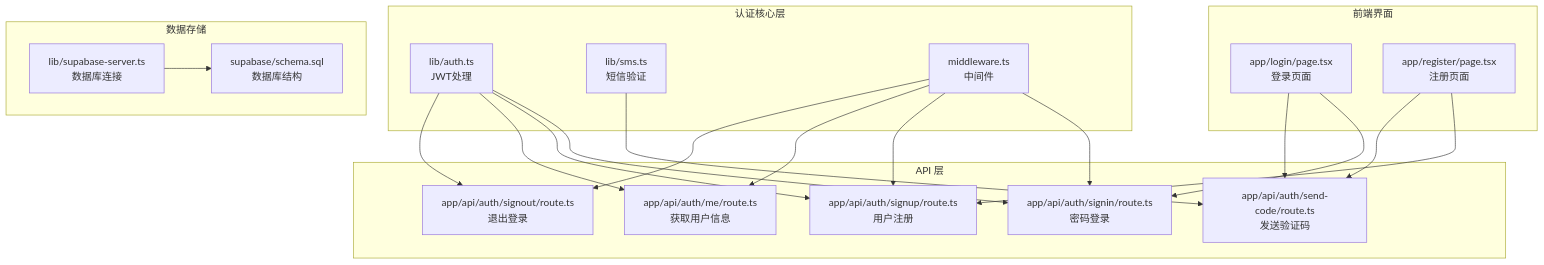
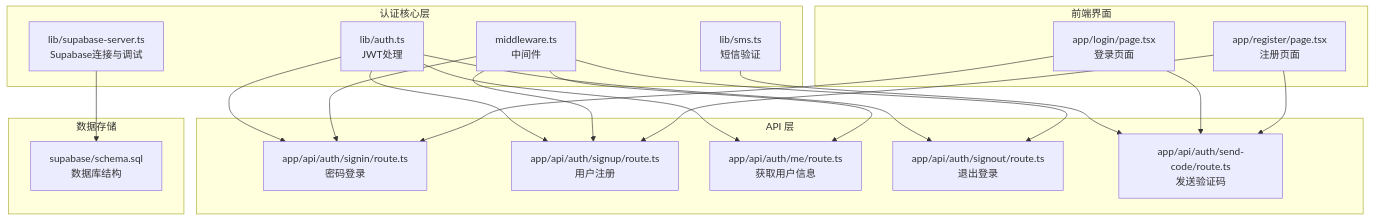
The first of 7 diagrams in .qoder/repowiki/zh/content/核心功能模块/用户认证系统.md (billye220670/BananaFlow2), drawn with Mermaid before and after one commit. The commit also changed other lines of this file and 11 other files, not shown here.

````diff
--- a/.qoder/repowiki/zh/content/核心功能模块/用户认证系统.md
+++ b/.qoder/repowiki/zh/content/核心功能模块/用户认证系统.md
@@ -40,37 +48,37 @@
 ```mermaid
 graph TB
 subgraph "认证核心层"
 A[lib/auth.ts<br/>JWT处理]
 B[lib/sms.ts<br/>短信验证]
 C[middleware.ts<br/>中间件]
+D[lib/supabase-server.ts<br/>Supabase连接与调试]
 end
 subgraph "API 层"
-D[app/api/auth/signin/route.ts<br/>密码登录]
-E[app/api/auth/signup/route.ts<br/>用户注册]
-F[app/api/auth/me/route.ts<br/>获取用户信息]
-G[app/api/auth/signout/route.ts<br/>退出登录]
-H[app/api/auth/send-code/route.ts<br/>发送验证码]
+E[app/api/auth/signin/route.ts<br/>密码登录]
+F[app/api/auth/signup/route.ts<br/>用户注册]
+G[app/api/auth/me/route.ts<br/>获取用户信息]
+H[app/api/auth/signout/route.ts<br/>退出登录]
+I[app/api/auth/send-code/route.ts<br/>发送验证码]
 end
 subgraph "前端界面"
-I[app/login/page.tsx<br/>登录页面]
-J[app/register/page.tsx<br/>注册页面]
+J[app/login/page.tsx<br/>登录页面]
+K[app/register/page.tsx<br/>注册页面]
 end
 subgraph "数据存储"
-K[supabase/schema.sql<br/>数据库结构]
-L[lib/supabase-server.ts<br/>数据库连接]
+L[supabase/schema.sql<br/>数据库结构]
 end
-A --> D
 A --> E
 A --> F
 A --> G
-B --> H
-C --> D
+A --> H
+B --> I
 C --> E
 C --> F
 C --> G
-I --> D
-I --> H
+C --> H
+D --> L
 J --> E
-J --> H
-L --> K
+J --> I
+K --> F
+K --> I
 ```
````
